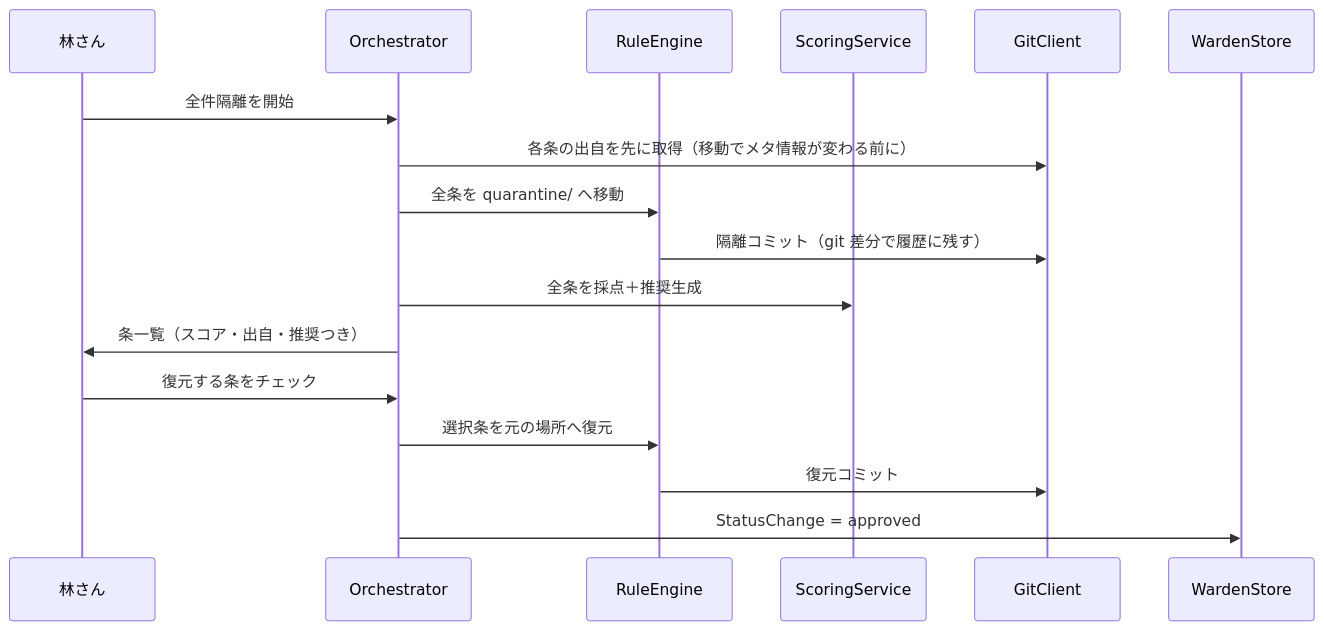
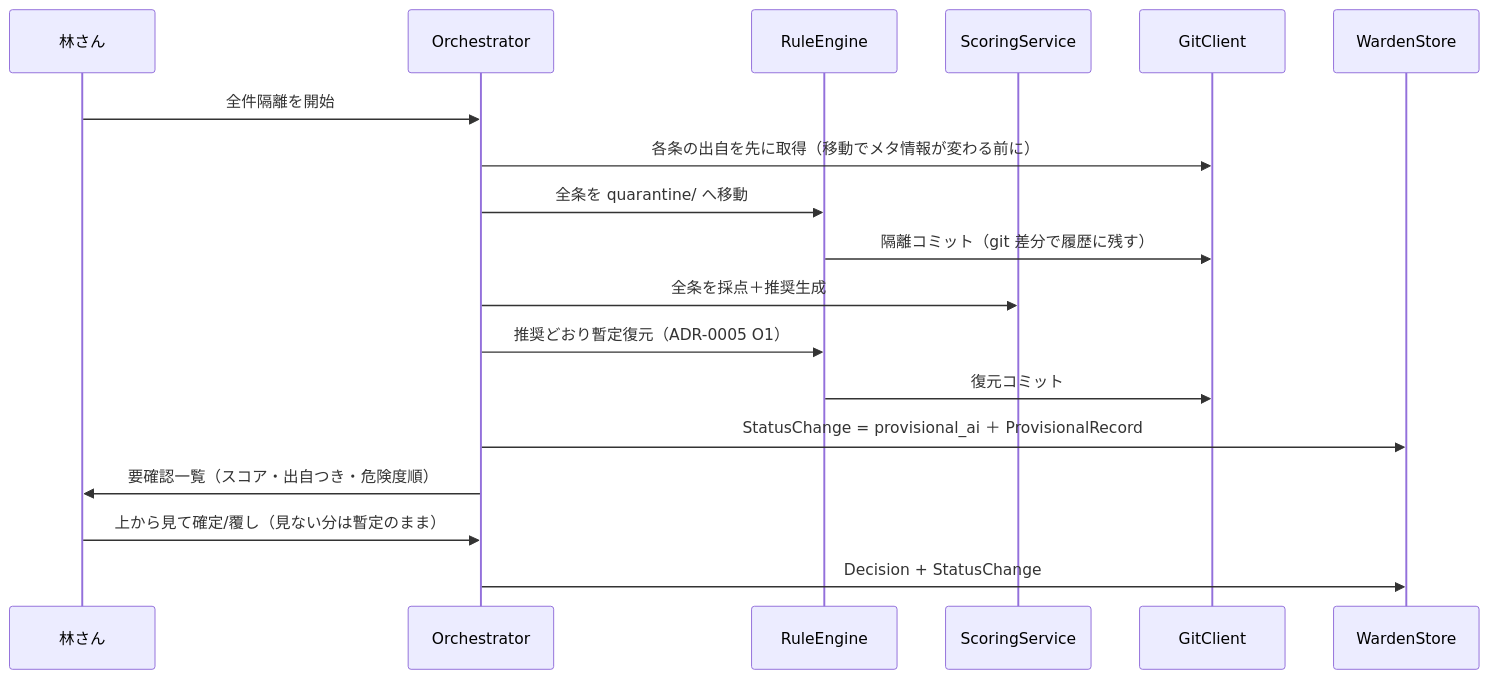
The fourth of 6 diagrams in docs/adr/0002.5-domain-model.md (khayashi4337/rule-warden), drawn with Mermaid before and after one commit. The commit also changed other lines of this file and 6 other files, not shown here.

First line of the commit message:
ADR-0005: ヒアリング決定 O1〜O8 を記録し全 ADR・図・DDL に反映

````diff
--- a/docs/adr/0002.5-domain-model.md
+++ b/docs/adr/0002.5-domain-model.md
@@ -224,20 +235,21 @@
 ```mermaid
 sequenceDiagram
     participant H as 林さん
     participant O as Orchestrator
     participant RE as RuleEngine
     participant SC as ScoringService
     participant GC as GitClient
     participant DB as WardenStore
 
     H->>O: 全件隔離を開始
     O->>GC: 各条の出自を先に取得（移動でメタ情報が変わる前に）
     O->>RE: 全条を quarantine/ へ移動
     RE->>GC: 隔離コミット（git 差分で履歴に残す）
     O->>SC: 全条を採点＋推奨生成
-    O->>H: 条一覧（スコア・出自・推奨つき）
-    H->>O: 復元する条をチェック
-    O->>RE: 選択条を元の場所へ復元
+    O->>RE: 推奨どおり暫定復元（ADR-0005 O1）
     RE->>GC: 復元コミット
-    O->>DB: StatusChange = approved
+    O->>DB: StatusChange = provisional_ai ＋ ProvisionalRecord
+    O->>H: 要確認一覧（スコア・出自つき・危険度順）
+    H->>O: 上から見て確定/覆し（見ない分は暫定のまま）
+    O->>DB: Decision + StatusChange
 ```
````
